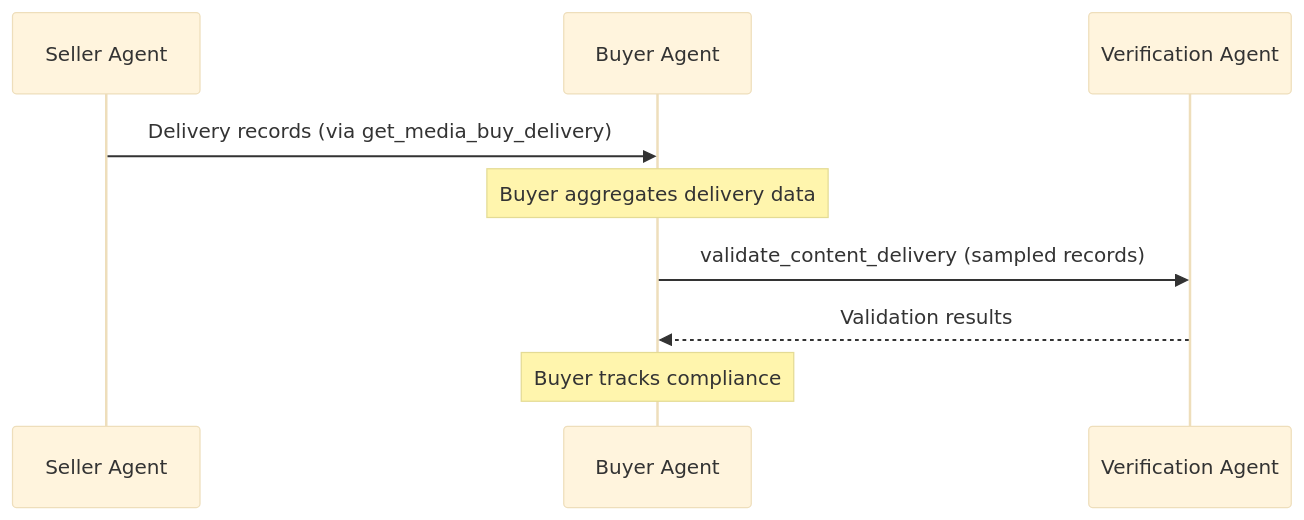
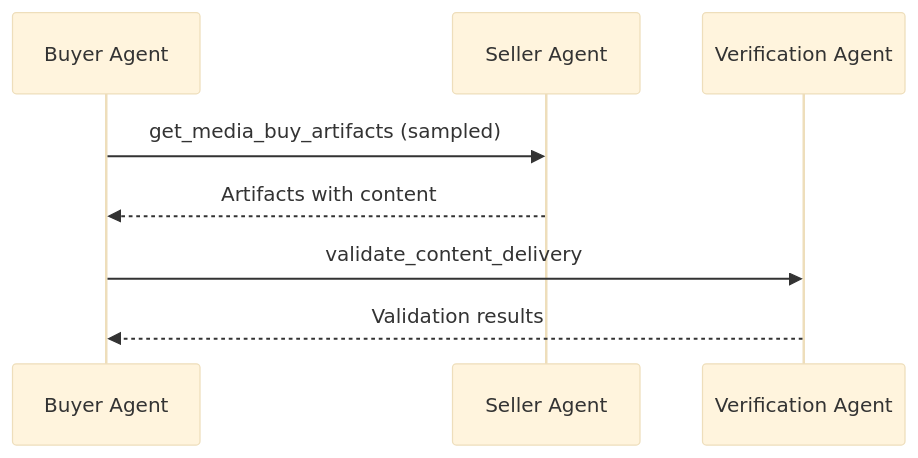
The diagram in docs/governance/content-standards/tasks/validate_content_delivery.mdx (adcontextprotocol/adcp), drawn with Mermaid (base theme) before and after one commit. The commit also changed other lines of this file and 6 other files, not shown here.

First line of the commit message:
Add get_media_buy_artifacts task for separate content retrieval

````diff
--- a/docs/governance/content-standards/tasks/validate_content_delivery.mdx
+++ b/docs/governance/content-standards/tasks/validate_content_delivery.mdx
@@ -16,12 +16,11 @@
 ```mermaid
 sequenceDiagram
+    participant Buyer as Buyer Agent
     participant Seller as Seller Agent
-    participant Buyer as Buyer Agent
     participant Verifier as Verification Agent
 
-    Seller->>Buyer: Delivery records (via get_media_buy_delivery)
-    Note over Buyer: Buyer aggregates delivery data
-    Buyer->>Verifier: validate_content_delivery (sampled records)
+    Buyer->>Seller: get_media_buy_artifacts (sampled)
+    Seller-->>Buyer: Artifacts with content
+    Buyer->>Verifier: validate_content_delivery
     Verifier-->>Buyer: Validation results
-    Note over Buyer: Buyer tracks compliance
 ```
````
